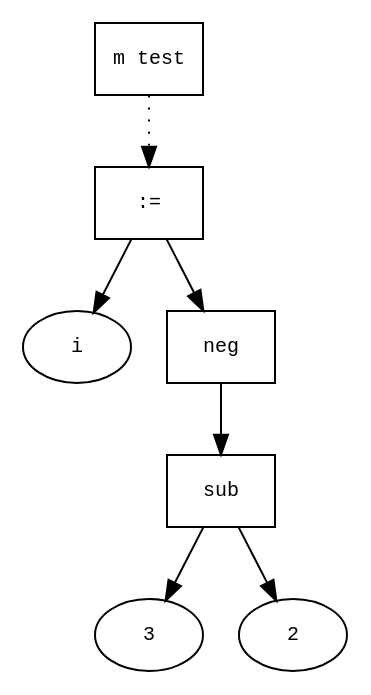
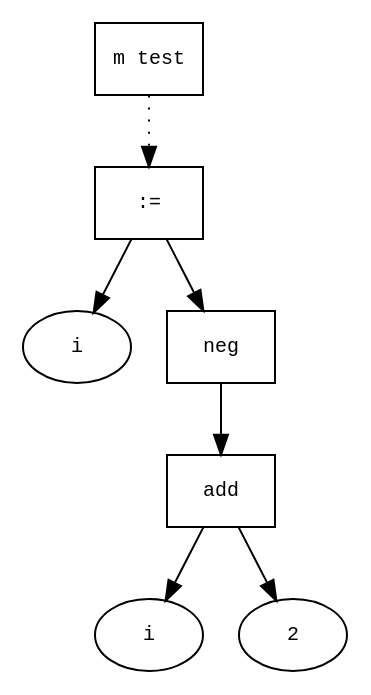
The diagram in test01.mod.ast.dot (amoretspero/snuplc), drawn with Graphviz before and after one commit. The commit also changed 178 other files, not shown here.

```diff
--- a/test01.mod.ast.dot
+++ b/test01.mod.ast.dot
@@ -1,19 +1,19 @@
 digraph AST {
   graph [fontname="Times New Roman",fontsize=10];
   node  [fontname="Courier New",fontsize=10];
   edge  [fontname="Times New Roman",fontsize=10];
 
   node0 [label="m test",shape=box];
   node9 [label=":=",shape=box];
   node4 [label="i",shape=ellipse];
   node9->node4;
   node8 [label="neg",shape=box];
-  node7 [label="sub",shape=box];
-  node5 [label="3",shape=ellipse];
+  node7 [label="add",shape=box];
+  node5 [label="i",shape=ellipse];
   node7->node5;
   node6 [label="2",shape=ellipse];
   node7->node6;
   node8->node7;
   node9->node8;
   node0 -> node9 [style=dotted];
 }
```
